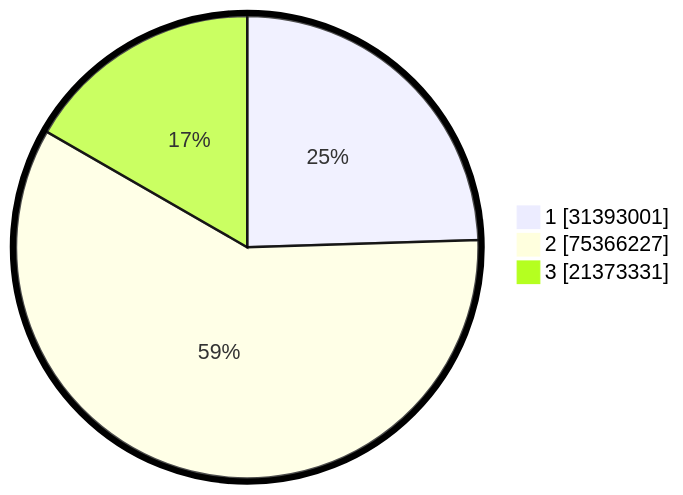
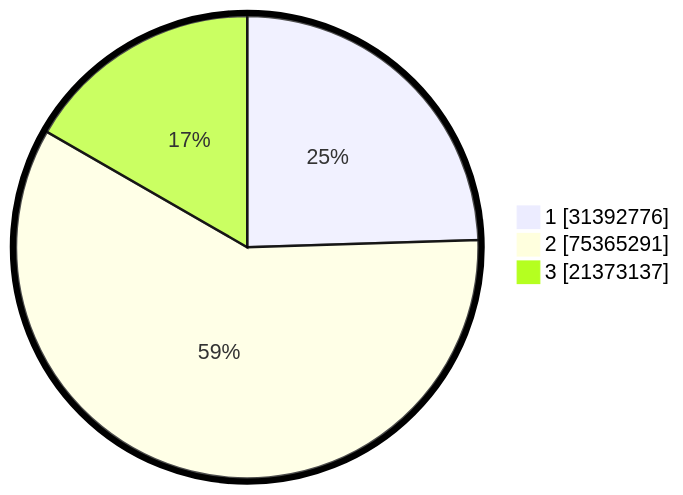
One commit to gigit-pemilu/pemilu-2024 changed the second of 2 diagrams in pilpres/hitung-suara/README.md. Above: the diagram before and after it, drawn with Mermaid. The commit also changed other lines of this file and 12 other files, not shown here.

````diff
--- a/pilpres/hitung-suara/README.md
+++ b/pilpres/hitung-suara/README.md
@@ -93,7 +93,7 @@
 ```mermaid
 %%{init: {"pie": {"textPosition": 0.5}, "themeVariables": {"pieOuterStrokeWidth": "5px"}} }%%
 pie showData
-    "1" : 31393001
-    "2" : 75366227
-    "3" : 21373331
+    "1" : 31392776
+    "2" : 75365291
+    "3" : 21373137
 ```
````
